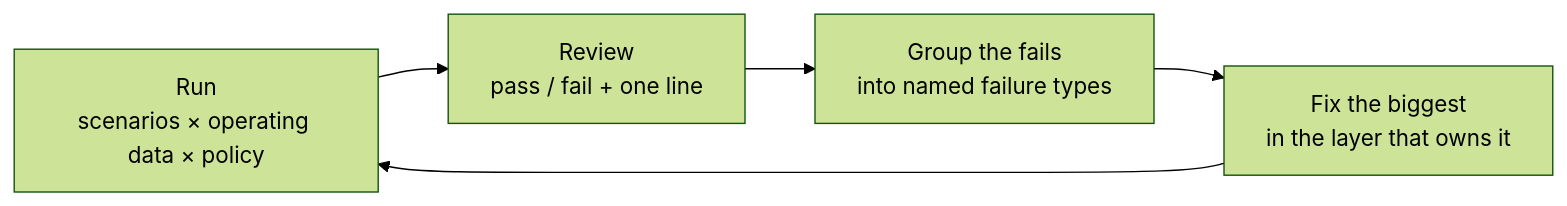
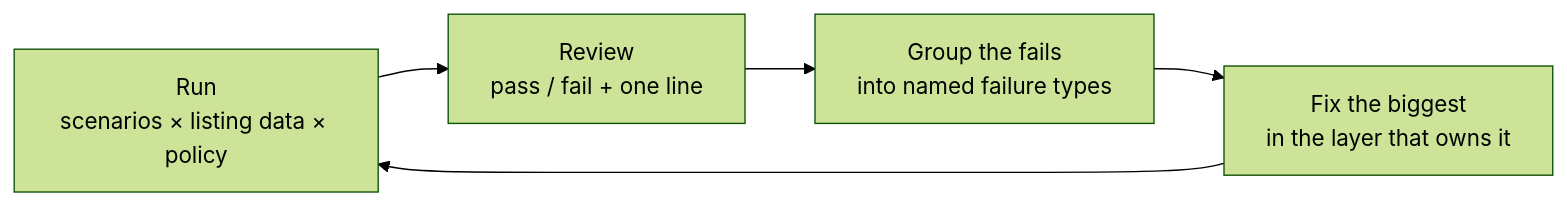
Before and after one commit to EmilioEsposito/portfolio: the second of 3 diagrams in api/src/sernia_ai/zillow_leads/README.md, drawn with Mermaid (forest theme). The commit also changed other lines of this file and 15 other files, not shown here.

First line of the commit message:
Rename OperatingData to ListingData in the Zillow lead agent (#373)

````diff
--- a/api/src/sernia_ai/zillow_leads/README.md
+++ b/api/src/sernia_ai/zillow_leads/README.md
@@ -154,7 +154,7 @@
 ```mermaid
 flowchart LR
-    R["Run<br/>scenarios × operating data × policy"] --> V["Review<br/>pass / fail + one line"]
+    R["Run<br/>scenarios × listing data × policy"] --> V["Review<br/>pass / fail + one line"]
     V --> G["Group the fails<br/>into named failure types"]
     G --> F["Fix the biggest<br/>in the layer that owns it"]
     F --> R
 ```
````
